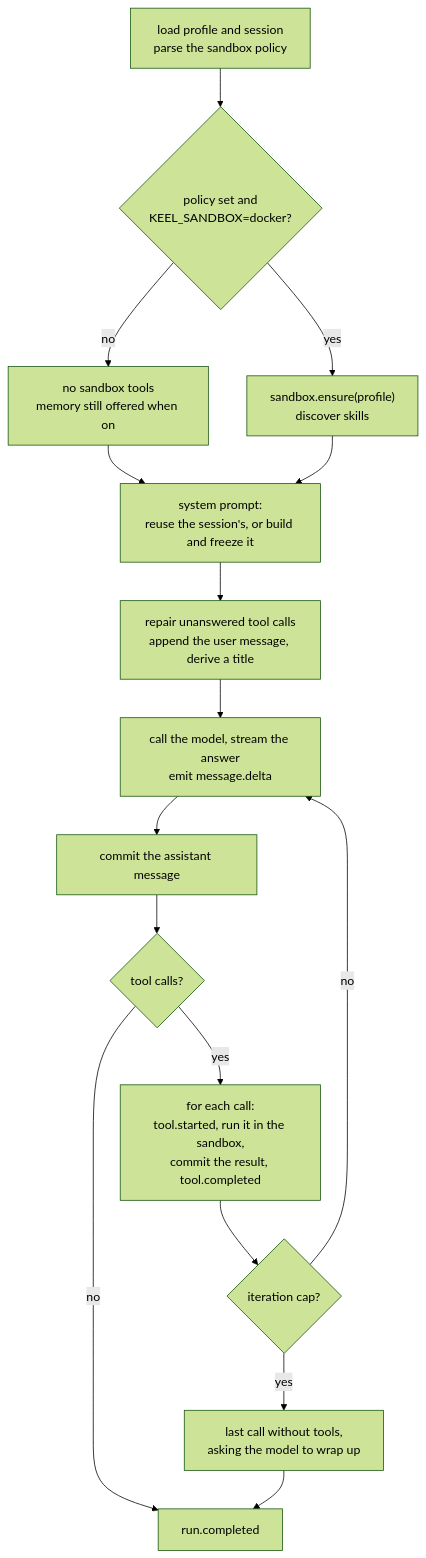
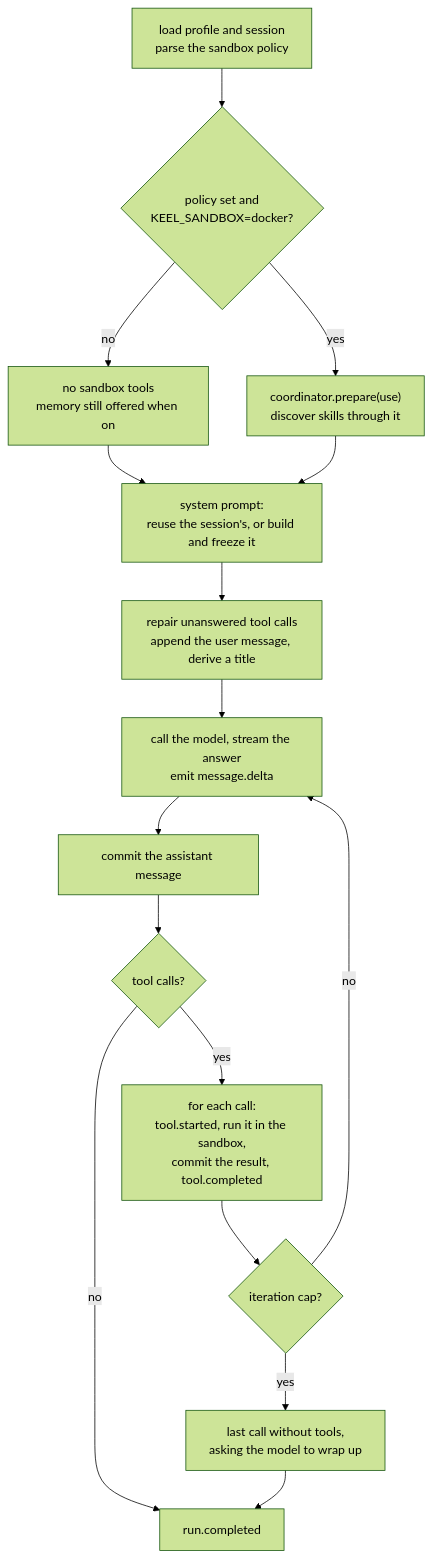
One commit to ryang420/agent-keel changed the fifth of 9 diagrams in docs/architecture.md. Above: the diagram before and after it, drawn with Mermaid (forest theme). The commit also changed other lines of this file and 9 other files, not shown here.

````diff
--- a/docs/architecture.md
+++ b/docs/architecture.md
@@ -292,18 +292,18 @@
 ```mermaid
 flowchart TB
     A["load profile and session<br/>parse the sandbox policy"] --> B{"policy set and<br/>KEEL_SANDBOX=docker?"}
     B -->|no| C["no sandbox tools<br/>memory still offered when on"]
-    B -->|yes| D["sandbox.ensure(profile)<br/>discover skills"]
+    B -->|yes| D["coordinator.prepare(use)<br/>discover skills through it"]
     C --> E
     D --> E["system prompt:<br/>reuse the session's, or build and freeze it"]
     E --> F["repair unanswered tool calls<br/>append the user message, derive a title"]
     F --> G["call the model, stream the answer<br/>emit message.delta"]
     G --> H["commit the assistant message"]
     H --> I{"tool calls?"}
     I -->|no| J["run.completed"]
     I -->|yes| K["for each call:<br/>tool.started, run it in the sandbox,<br/>commit the result, tool.completed"]
     K --> L{"iteration cap?"}
     L -->|no| G
     L -->|yes| M["last call without tools,<br/>asking the model to wrap up"]
     M --> J
 ```
````
